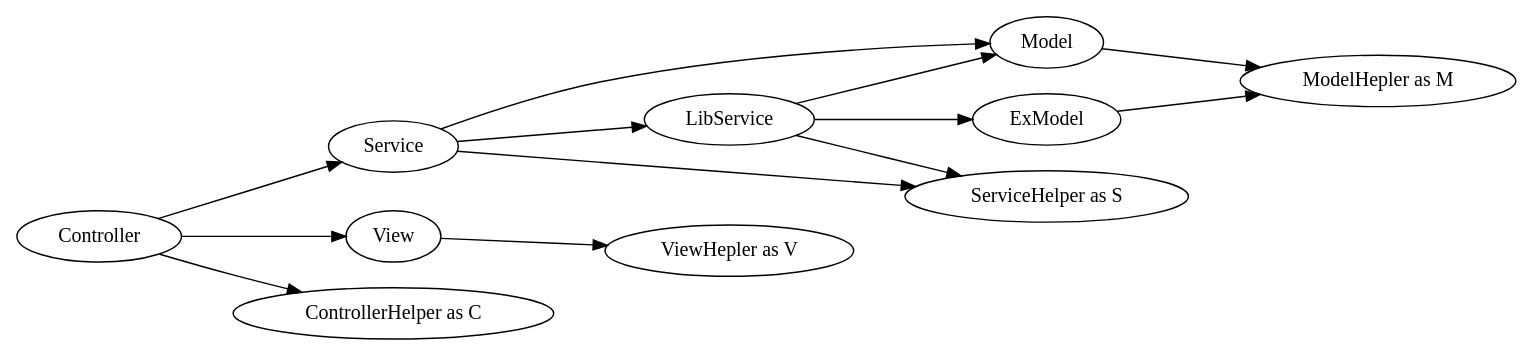
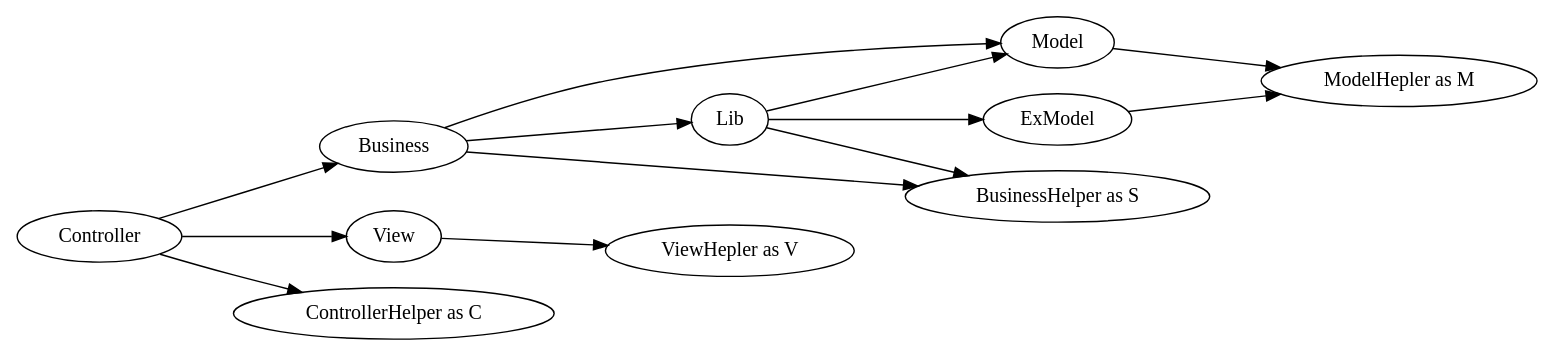
One commit to dvaknheo/duckphp changed the diagram in doc/arch_full.gv. Above: the diagram before and after it, drawn with Graphviz. The commit also changed 3 other files, not shown here.

Commit message:
更新架构图

```diff
--- a/doc/arch_full.gv
+++ b/doc/arch_full.gv
@@ -1,25 +1,25 @@
 digraph G{
 /* This is a graphviz file */
 graph [rankdir = "LR"];
 
-    Controller -> Service -> Model;
+    Controller -> Business -> Model;
     
-    Service -> LibService;
-    LibService->ExModel;
-    LibService->Model;
+    Business -> Lib;
+    Lib->ExModel;
+    Lib->Model;
     Controller -> View;
 
     Controller ->ControllerHelper;
 
-    Service ->ServiceHelper;
-    LibService ->ServiceHelper;
+    Business ->BusinessHelper;
+    Lib ->BusinessHelper;
 
     Model ->ModelHepler;
     ExModel ->ModelHepler;
     View -> ViewHepler;
     ControllerHelper [label="ControllerHelper as C"];
-    ServiceHelper [label="ServiceHelper as S"];
+    BusinessHelper [label="BusinessHelper as S"];
     ModelHepler [label="ModelHepler as M"];
     ViewHepler [label="ViewHepler as V"];
 
 }
```
